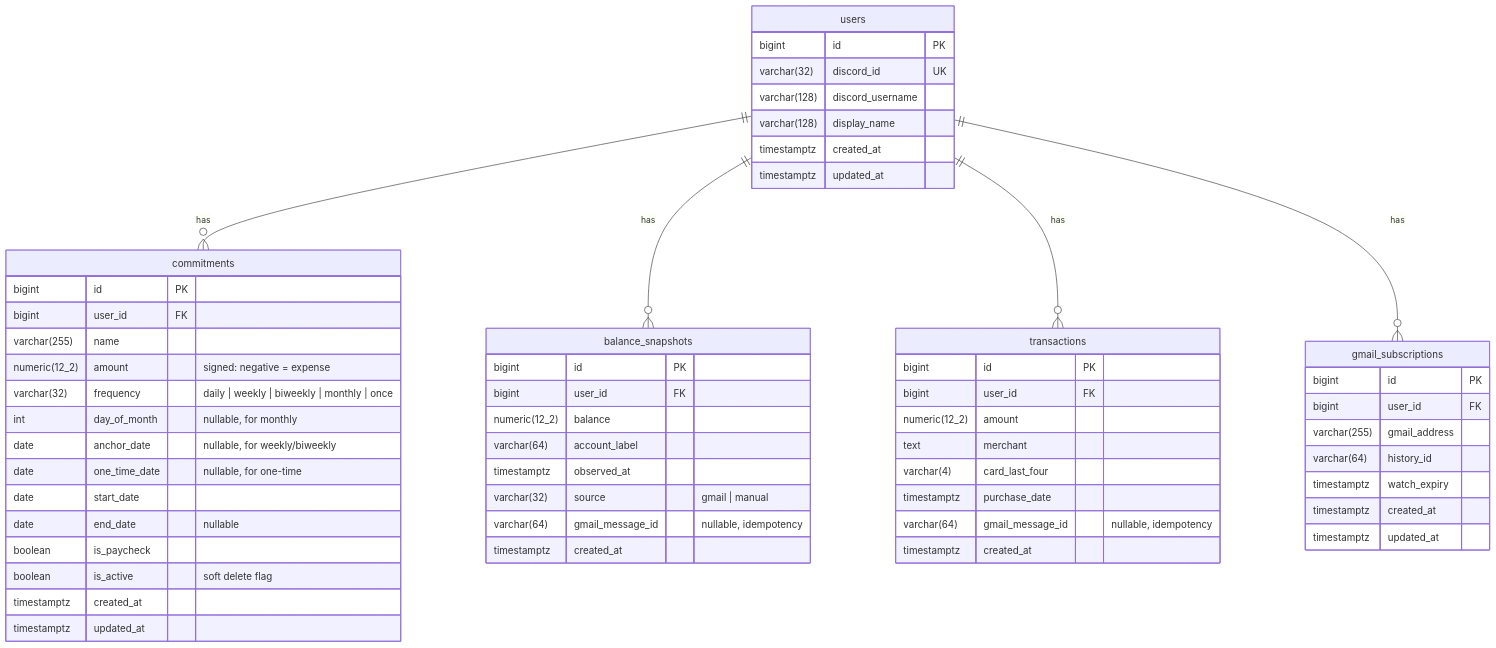
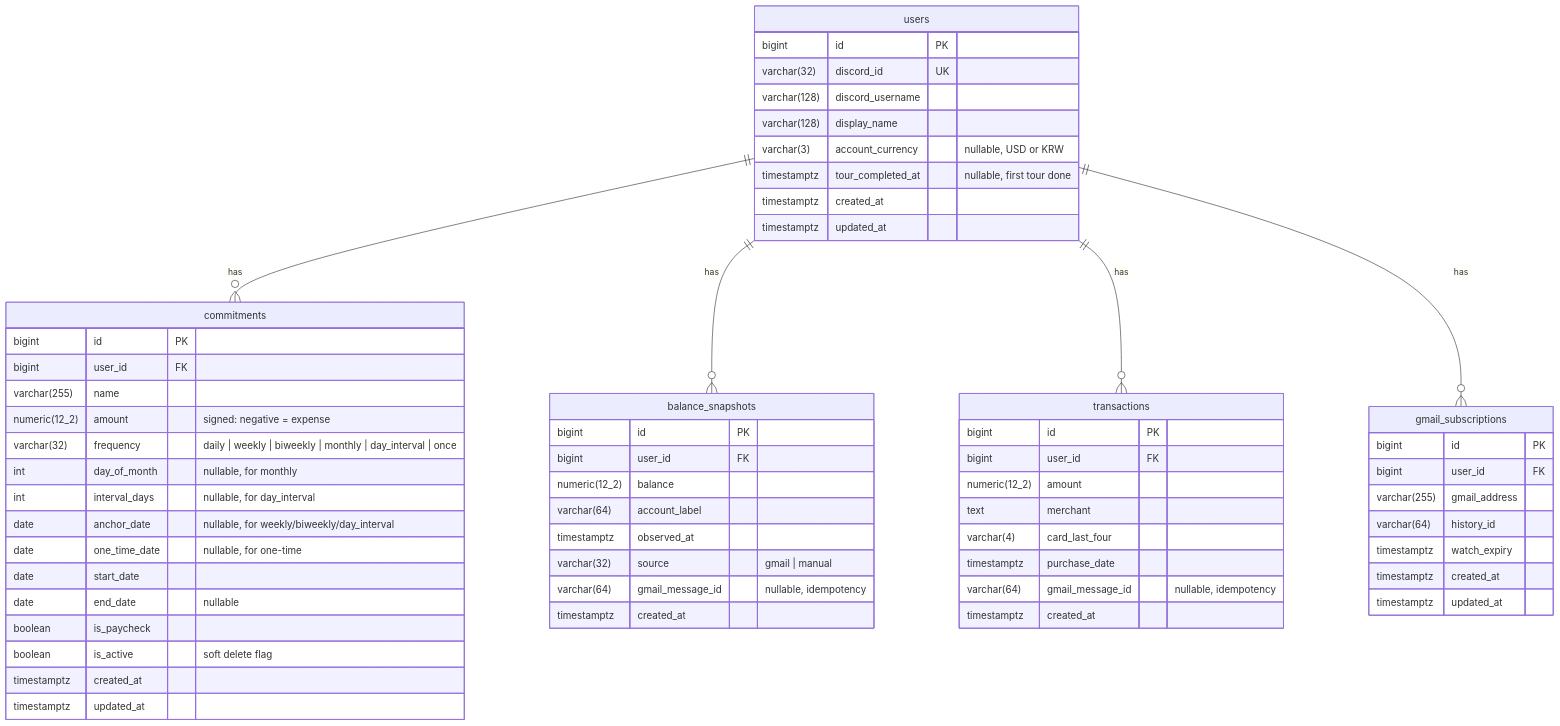
Before and after one commit to lifeforce-dev/athena: the diagram in docs/db_schema.md, drawn with Mermaid. The commit also changed other lines of this file and 10 other files, not shown here.

````diff
--- a/docs/db_schema.md
+++ b/docs/db_schema.md
@@ -7,65 +7,68 @@
 ```mermaid
 erDiagram
     users ||--o{ commitments : "has"
     users ||--o{ balance_snapshots : "has"
     users ||--o{ transactions : "has"
     users ||--o{ gmail_subscriptions : "has"
 
     users {
         bigint id PK
         varchar(32) discord_id UK
         varchar(128) discord_username
         varchar(128) display_name
+        varchar(3) account_currency "nullable, USD or KRW"
+        timestamptz tour_completed_at "nullable, first tour done"
         timestamptz created_at
         timestamptz updated_at
     }
 
     commitments {
         bigint id PK
         bigint user_id FK
         varchar(255) name
         numeric(12_2) amount "signed: negative = expense"
-        varchar(32) frequency "daily | weekly | biweekly | monthly | once"
+        varchar(32) frequency "daily | weekly | biweekly | monthly | day_interval | once"
         int day_of_month "nullable, for monthly"
-        date anchor_date "nullable, for weekly/biweekly"
+        int interval_days "nullable, for day_interval"
+        date anchor_date "nullable, for weekly/biweekly/day_interval"
         date one_time_date "nullable, for one-time"
         date start_date
         date end_date "nullable"
         boolean is_paycheck
         boolean is_active "soft delete flag"
         timestamptz created_at
         timestamptz updated_at
     }
 
     balance_snapshots {
         bigint id PK
         bigint user_id FK
         numeric(12_2) balance
         varchar(64) account_label
         timestamptz observed_at
         varchar(32) source "gmail | manual"
         varchar(64) gmail_message_id "nullable, idempotency"
         timestamptz created_at
     }
 
     transactions {
         bigint id PK
         bigint user_id FK
         numeric(12_2) amount
         text merchant
         varchar(4) card_last_four
         timestamptz purchase_date
         varchar(64) gmail_message_id "nullable, idempotency"
         timestamptz created_at
     }
 
     gmail_subscriptions {
         bigint id PK
         bigint user_id FK
         varchar(255) gmail_address
         varchar(64) history_id
         timestamptz watch_expiry
         timestamptz created_at
         timestamptz updated_at
     }
 ```
````
